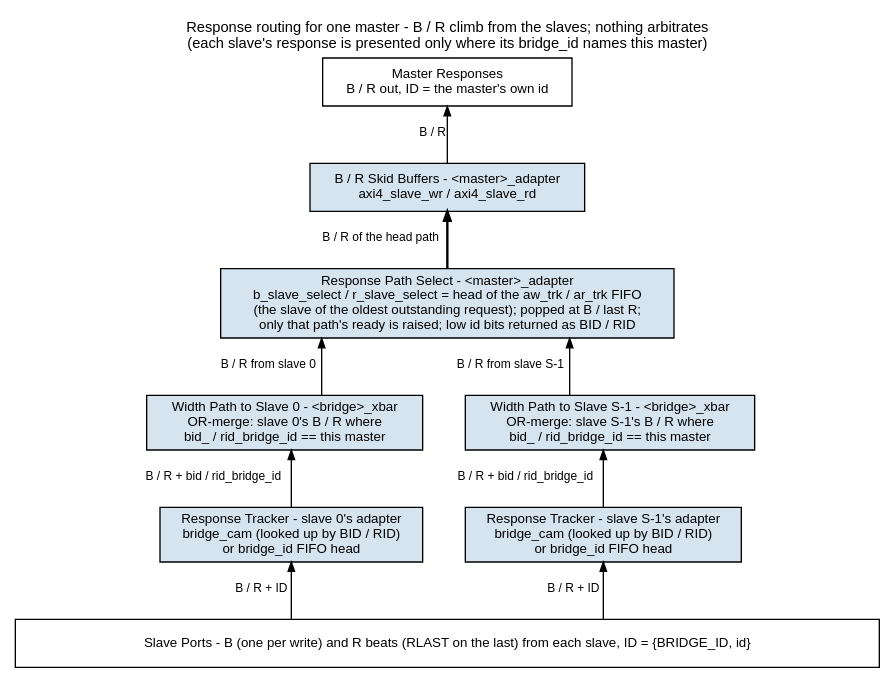
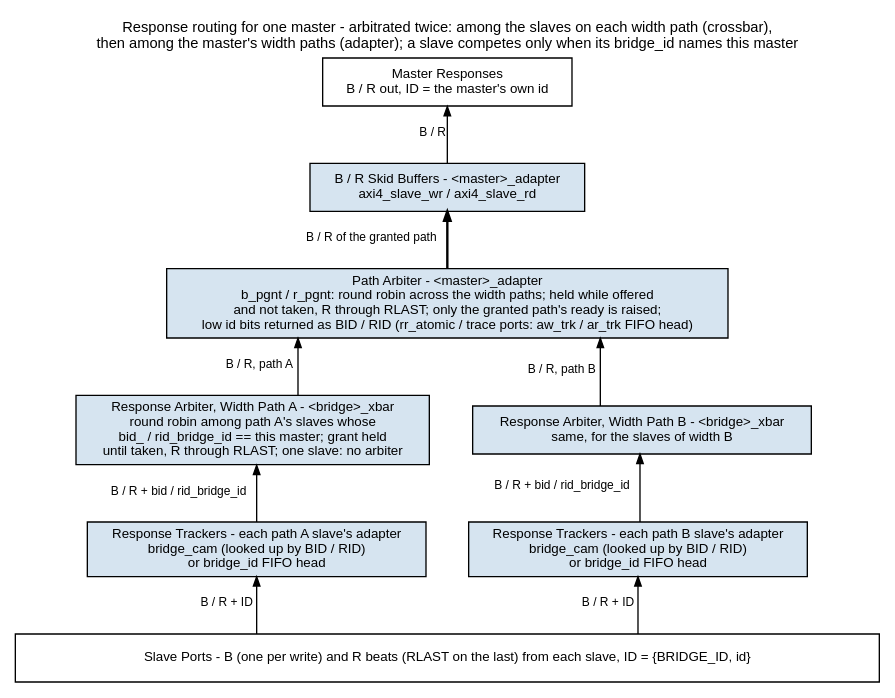
One commit to sean-galloway/RTLDesignSherpa changed the diagram in projects/components/fabric-gen-ip/bridge/docs/bridge_mas/assets/graphviz/response_routing.dot. Above: the diagram before and after it, drawn with Graphviz. The commit also changed 223 other files, not shown here.

First line of the commit message:
feat(bridge): several targets in flight per master (parity item 1)

```diff
--- a/projects/components/fabric-gen-ip/bridge/docs/bridge_mas/assets/graphviz/response_routing.dot
+++ b/projects/components/fabric-gen-ip/bridge/docs/bridge_mas/assets/graphviz/response_routing.dot
@@ -1,34 +1,34 @@
 // Response routing: B and R from every slave back to the master that asked.
 // Labels from rtl/generated/bridge_2x2_rw/{ddr_adapter,bridge_2x2_rw_xbar,cpu_adapter}.sv
-// and bridge_4x4_rw/cpu_master_adapter.sv (b_ / r_slave_select).
+// and bridge_1x3_wr/cpu_wr_adapter.sv (b_pgnt / b_slave_select path arbiter).
 // House style: vault/handbook/authoring/block-diagrams.md
 digraph response_routing {
     graph [rankdir=TB, bgcolor="white", fontname="Helvetica", fontsize=11,
            nodesep="0.45", ranksep="0.60", splines=ortho, labelloc=t,
-           label="Response routing for one master - B / R climb from the slaves; nothing arbitrates\n(each slave's response is presented only where its bridge_id names this master)"];
+           label="Response routing for one master - arbitrated twice: among the slaves on each width path (crossbar),\nthen among the master's width paths (adapter); a slave competes only when its bridge_id names this master"];
     node  [fontname="Helvetica", fontsize=10, shape=box, style=filled,
            fillcolor="#D6E4F0", color="black", margin="0.12,0.06"];
     edge  [fontname="Helvetica", fontsize=9, color="black", arrowsize=0.7];
 
     port [label="Master Responses\nB / R out, ID = the master's own id", fillcolor="white"];
     skid [label="B / R Skid Buffers - <master>_adapter\naxi4_slave_wr / axi4_slave_rd"];
-    msel [label="Response Path Select - <master>_adapter\nb_slave_select / r_slave_select = head of the aw_trk / ar_trk FIFO\n(the slave of the oldest outstanding request); popped at B / last R;\nonly that path's ready is raised; low id bits returned as BID / RID"];
-    p0 [label="Width Path to Slave 0 - <bridge>_xbar\nOR-merge: slave 0's B / R where\nbid_ / rid_bridge_id == this master"];
-    pn [label="Width Path to Slave S-1 - <bridge>_xbar\nOR-merge: slave S-1's B / R where\nbid_ / rid_bridge_id == this master"];
+    msel [label="Path Arbiter - <master>_adapter\nb_pgnt / r_pgnt: round robin across the width paths; held while offered\nand not taken, R through RLAST; only the granted path's ready is raised;\nlow id bits returned as BID / RID (rr_atomic / trace ports: aw_trk / ar_trk FIFO head)"];
+    p0 [label="Response Arbiter, Width Path A - <bridge>_xbar\nround robin among path A's slaves whose\nbid_ / rid_bridge_id == this master; grant held\nuntil taken, R through RLAST; one slave: no arbiter"];
+    pn [label="Response Arbiter, Width Path B - <bridge>_xbar\nsame, for the slaves of width B"];
     { rank=same; p0; pn; }
     p0 -> pn [style=invis];
-    t0 [label="Response Tracker - slave 0's adapter\nbridge_cam (looked up by BID / RID)\nor bridge_id FIFO head"];
-    tn [label="Response Tracker - slave S-1's adapter\nbridge_cam (looked up by BID / RID)\nor bridge_id FIFO head"];
+    t0 [label="Response Trackers - each path A slave's adapter\nbridge_cam (looked up by BID / RID)\nor bridge_id FIFO head"];
+    tn [label="Response Trackers - each path B slave's adapter\nbridge_cam (looked up by BID / RID)\nor bridge_id FIFO head"];
     { rank=same; t0; tn; }
     t0 -> tn [style=invis];
     bar [label="Slave Ports - B (one per write) and R beats (RLAST on the last) from each slave, ID = {BRIDGE_ID, id}", fillcolor="white", width=9];
 
     port -> skid [dir=back, xlabel="B / R"];
-    skid -> msel [dir=back, xlabel="B / R of the head path", penwidth=1.8];
-    msel -> p0 [dir=back, xlabel="B / R from slave 0"];
-    msel -> pn [dir=back, xlabel="B / R from slave S-1"];
+    skid -> msel [dir=back, xlabel="B / R of the granted path", penwidth=1.8];
+    msel -> p0 [dir=back, xlabel="B / R, path A"];
+    msel -> pn [dir=back, xlabel="B / R, path B"];
     p0 -> t0 [dir=back, xlabel="B / R + bid / rid_bridge_id"];
     pn -> tn [dir=back, xlabel="B / R + bid / rid_bridge_id"];
     t0 -> bar [dir=back, xlabel="B / R + ID"];
     tn -> bar [dir=back, xlabel="B / R + ID"];
 }
```
